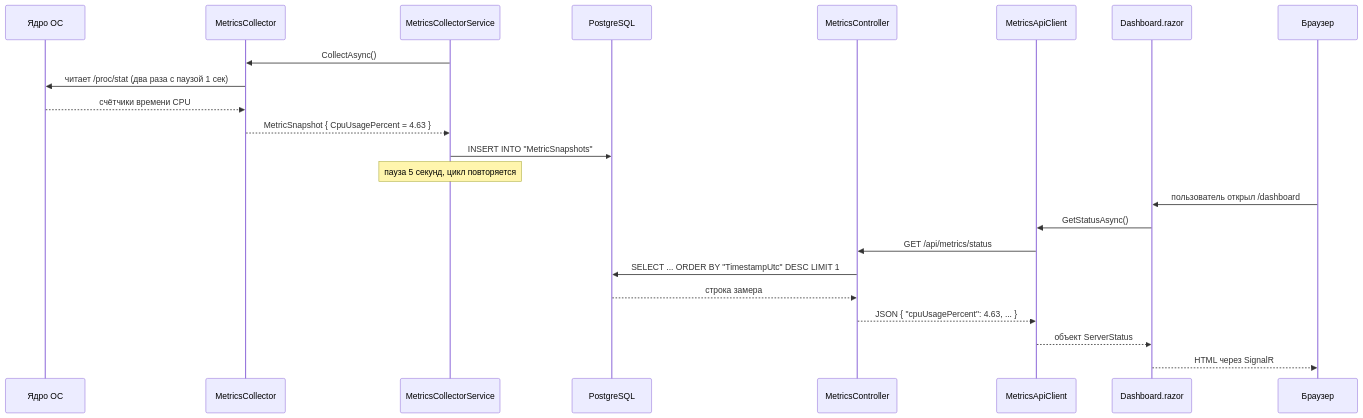
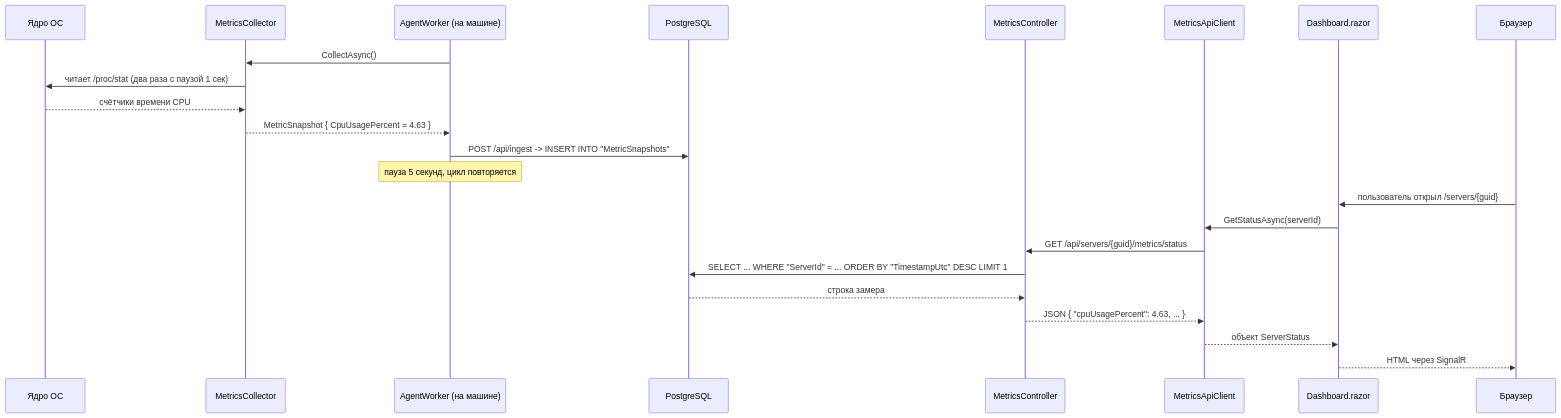
Before and after one commit to SoftGene/ServerMonitor: the third of 3 diagrams in docs/guide/00-project-map.md, drawn with Mermaid. The commit also changed other lines of this file and 5 other files, not shown here.

````diff
--- a/docs/guide/00-project-map.md
+++ b/docs/guide/00-project-map.md
@@ -191,27 +206,27 @@
 ```mermaid
 sequenceDiagram
     participant OS as Ядро ОС
     participant Col as MetricsCollector
-    participant Svc as MetricsCollectorService
+    participant Svc as AgentWorker (на машине)
     participant DB as PostgreSQL
     participant Ctl as MetricsController
     participant Cli as MetricsApiClient
     participant UI as Dashboard.razor
     participant Br as Браузер
 
     Svc->>Col: CollectAsync()
     Col->>OS: читает /proc/stat (два раза с паузой 1 сек)
     OS-->>Col: счётчики времени CPU
     Col-->>Svc: MetricSnapshot { CpuUsagePercent = 4.63 }
-    Svc->>DB: INSERT INTO "MetricSnapshots"
+    Svc->>DB: POST /api/ingest -> INSERT INTO "MetricSnapshots"
     Note over Svc: пауза 5 секунд, цикл повторяется
 
-    Br->>UI: пользователь открыл /dashboard
-    UI->>Cli: GetStatusAsync()
-    Cli->>Ctl: GET /api/metrics/status
-    Ctl->>DB: SELECT ... ORDER BY "TimestampUtc" DESC LIMIT 1
+    Br->>UI: пользователь открыл /servers/{guid}
+    UI->>Cli: GetStatusAsync(serverId)
+    Cli->>Ctl: GET /api/servers/{guid}/metrics/status
+    Ctl->>DB: SELECT ... WHERE "ServerId" = ... ORDER BY "TimestampUtc" DESC LIMIT 1
     DB-->>Ctl: строка замера
     Ctl-->>Cli: JSON { "cpuUsagePercent": 4.63, ... }
     Cli-->>UI: объект ServerStatus
     UI-->>Br: HTML через SignalR
 ```
````
